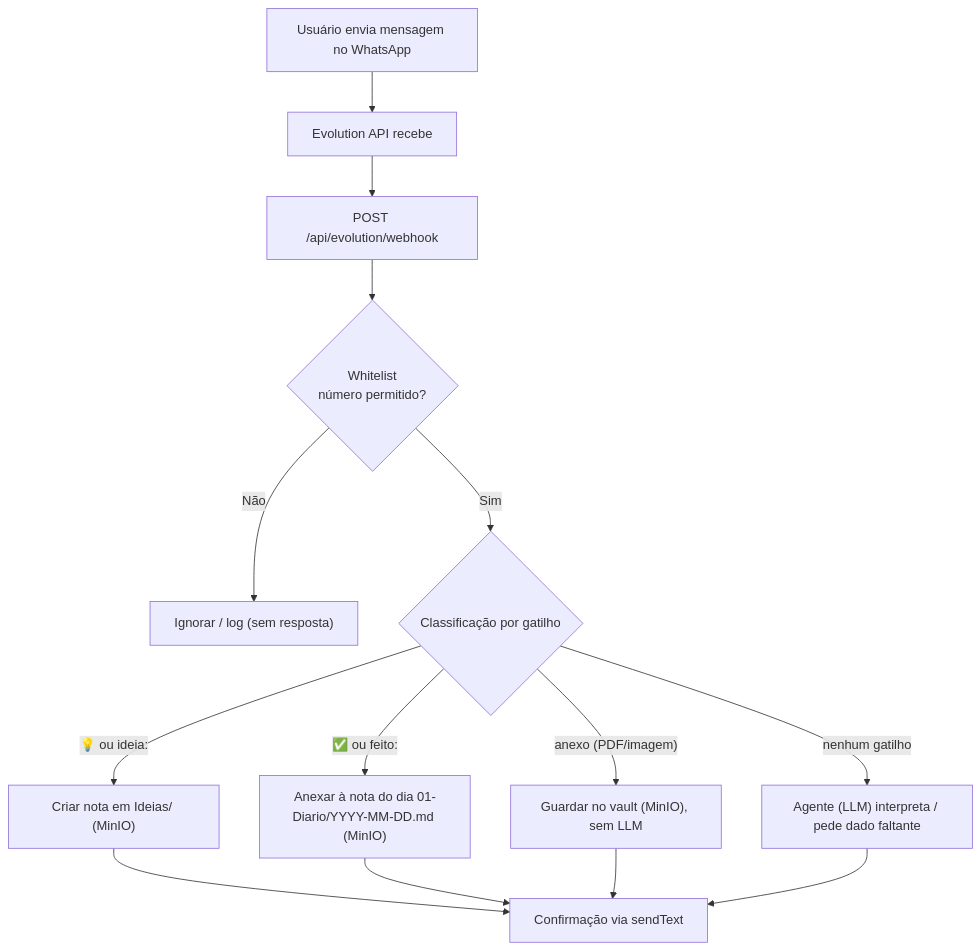
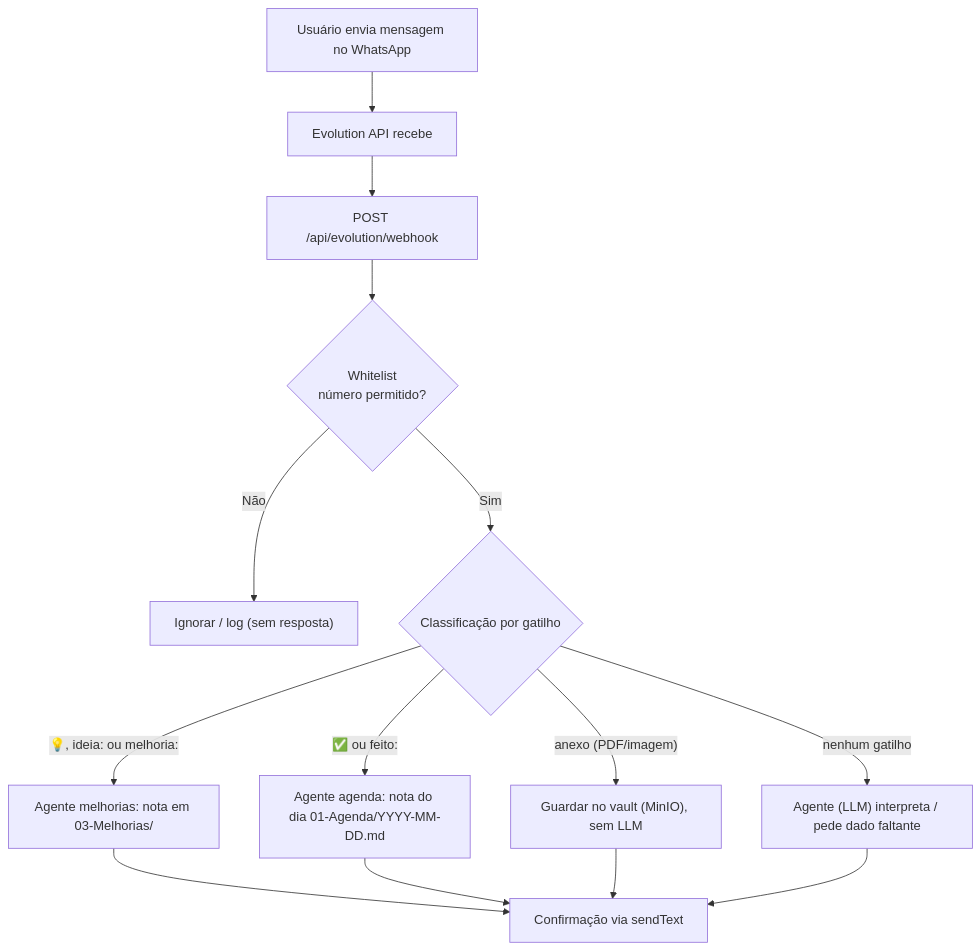
Before and after one commit to rodrigoro86/tania_vault: the second of 2 diagrams in SPEC.md, drawn with Mermaid. The commit also changed other lines of this file and 15 other files, not shown here.

````diff
--- a/SPEC.md
+++ b/SPEC.md
@@ -151,18 +151,18 @@
 ```mermaid
 flowchart TD
     A["Usuário envia mensagem no WhatsApp"] --> B["Evolution API recebe"]
     B --> C["POST /api/evolution/webhook"]
     C --> D{"Whitelist<br/>número permitido?"}
     D -- "Não" --> E["Ignorar / log (sem resposta)"]
     D -- "Sim" --> F{"Classificação por gatilho"}
 
-    F -- "💡 ou ideia:" --> G["Criar nota em Ideias/ (MinIO)"]
-    F -- "✅ ou feito:" --> H["Anexar à nota do dia 01-Diario/YYYY-MM-DD.md (MinIO)"]
+    F -- "💡, ideia: ou melhoria:" --> G["Agente melhorias: nota em 03-Melhorias/"]
+    F -- "✅ ou feito:" --> H["Agente agenda: nota do dia 01-Agenda/YYYY-MM-DD.md"]
     F -- "anexo (PDF/imagem)" --> I["Guardar no vault (MinIO), sem LLM"]
     F -- "nenhum gatilho" --> K["Agente (LLM) interpreta / pede dado faltante"]
 
     G --> L["Confirmação via sendText"]
     H --> L
     I --> L
     K --> L
 ```
````
